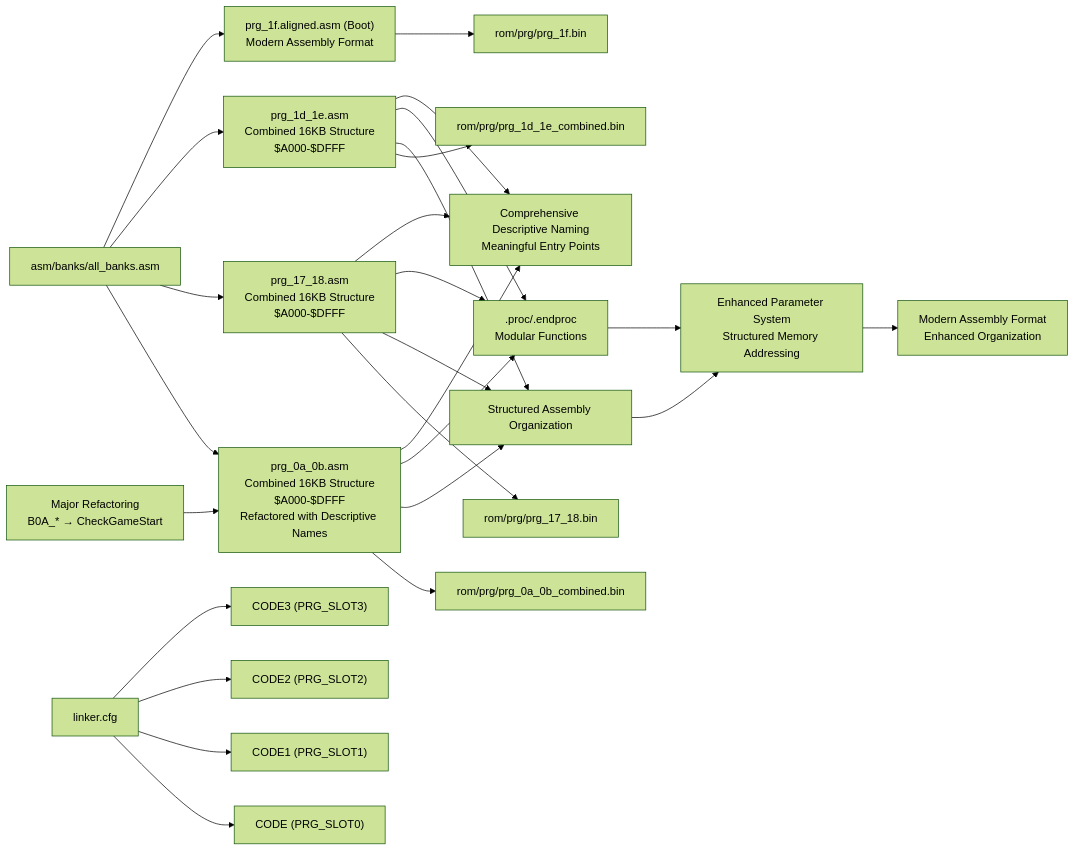
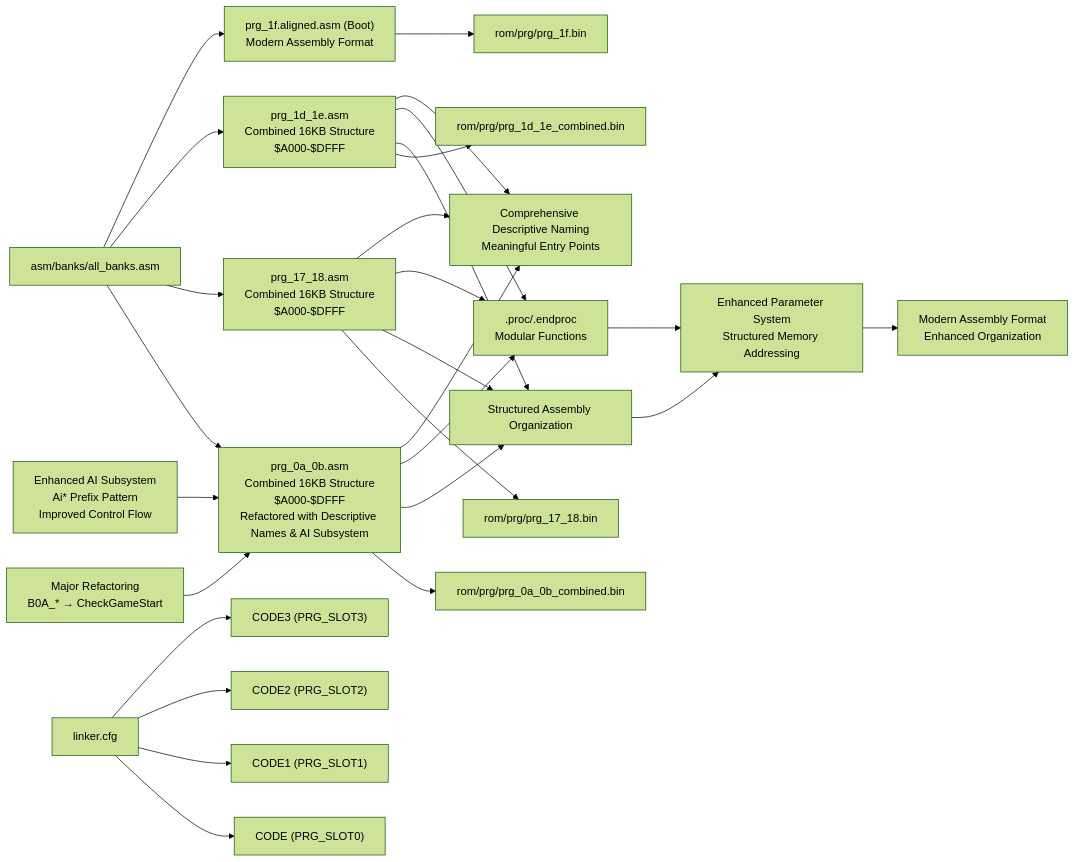
Before and after one commit to rabbyzero/sango2dasm: diagram 12 of 17 in .qoder/repowiki/en/content/Assembly Architecture/Assembly Architecture.md, drawn with Mermaid (forest theme). The commit also changed other lines of this file and 5 other files, not shown here.

````diff
--- a/.qoder/repowiki/en/content/Assembly Architecture/Assembly Architecture.md
+++ b/.qoder/repowiki/en/content/Assembly Architecture/Assembly Architecture.md
@@ -762,31 +813,32 @@
 ```mermaid
 graph LR
-ALLB["asm/banks/all_banks.asm"] --> COMBINED0A_0B["prg_0a_0b.asm<br/>Combined 16KB Structure<br/>$A000-$DFFF<br/>Refactored with Descriptive Names"]
+ALLB["asm/banks/all_banks.asm"] --> COMBINED0A_0B["prg_0a_0b.asm<br/>Combined 16KB Structure<br/>$A000-$DFFF<br/>Refactored with Descriptive Names & AI Subsystem"]
 ALLB --> COMBINED17_18["prg_17_18.asm<br/>Combined 16KB Structure<br/>$A000-$DFFF"]
 ALLB --> COMBINED1D_1E["prg_1d_1e.asm<br/>Combined 16KB Structure<br/>$A000-$DFFF"]
 ALLB --> ALIGNED["prg_1f.aligned.asm (Boot)<br/>Modern Assembly Format"]
 LCFG["linker.cfg"] --> SEG0["CODE (PRG_SLOT0)"]
 LCFG --> SEG1["CODE1 (PRG_SLOT1)"]
 LCFG --> SEG2["CODE2 (PRG_SLOT2)"]
 LCFG --> SEG3["CODE3 (PRG_SLOT3)"]
 COMBINED0A_0B --> BIN0A_0B["rom/prg/prg_0a_0b_combined.bin"]
 COMBINED17_18 --> BIN17_18["rom/prg/prg_17_18.bin"]
 COMBINED1D_1E --> BIN1D_1E["rom/prg/prg_1d_1e_combined.bin"]
 ALIGNED --> BIN1F["rom/prg/prg_1f.bin"]
 COMBINED0A_0B --> STRUCT["Structured Assembly Organization"]
 COMBINED17_18 --> STRUCT
 COMBINED1D_1E --> STRUCT
 COMBINED0A_0B --> PROC[".proc/.endproc<br/>Modular Functions"]
 COMBINED17_18 --> PROC
 COMBINED1D_1E --> PROC
 PARAMSYS["Enhanced Parameter System<br/>Structured Memory Addressing"]
 STRUCT --> PARAMSYS
 PROC --> PARAMSYS
 MODERN["Modern Assembly Format<br/>Enhanced Organization"]
 PARAMSYS --> MODERN
 DESCRIPTIVENAMING["Comprehensive Descriptive Naming<br/>Meaningful Entry Points"]
 COMBINED0A_0B --> DESCRIPTIVENAMING
 COMBINED17_18 --> DESCRIPTIVENAMING
 COMBINED1D_1E --> DESCRIPTIVENAMING
 REFAC["Major Refactoring<br/>B0A_* → CheckGameStart"] --> COMBINED0A_0B
+AI_ENHANCEMENT["Enhanced AI Subsystem<br/>Ai* Prefix Pattern<br/>Improved Control Flow"] --> COMBINED0A_0B
 ```
````
